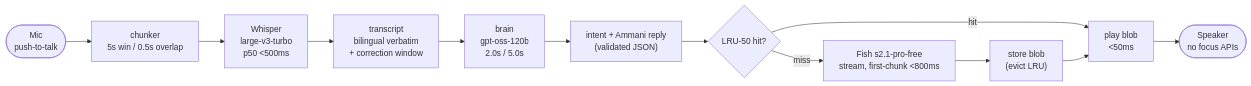
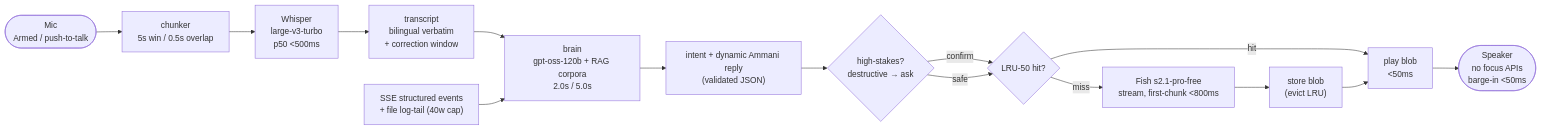
Before and after one commit to 3mar-baha/Vantrilex-OpenCode-Assistant: the diagram in docs/18-VOICE-PIPELINE.md, drawn with Mermaid. The commit also changed other lines of this file, not shown here.

First line of the commit message:
docs(voice): P-R revise 18 for RAG grounding + dynamics

````diff
--- a/docs/18-VOICE-PIPELINE.md
+++ b/docs/18-VOICE-PIPELINE.md
@@ -8,12 +8,15 @@
 ```mermaid
 flowchart LR
-    MIC(["Mic\npush-to-talk"]) --> CH["chunker\n5s win / 0.5s overlap"] --> STT["Whisper\nlarge-v3-turbo\np50 <500ms"]
+    MIC(["Mic\nArmed / push-to-talk"]) --> CH["chunker\n5s win / 0.5s overlap"] --> STT["Whisper\nlarge-v3-turbo\np50 <500ms"]
     STT --> TX["transcript\nbilingual verbatim\n+ correction window"]
-    TX --> BR["brain\ngpt-oss-120b\n2.0s / 5.0s"]
-    BR --> OUT["intent + Ammani reply\n(validated JSON)"]
-    OUT --> CACHE{"LRU-50 hit?"}
+    TX --> BR["brain\ngpt-oss-120b + RAG corpora\n2.0s / 5.0s"]
+    BR --> OUT["intent + dynamic Ammani reply\n(validated JSON)"]
+    OUT --> GATE{"high-stakes?\ndestructive → ask"}
+    GATE -->|confirm| CACHE{"LRU-50 hit?"}
+    GATE -->|safe| CACHE
     CACHE -->|hit| PLAY["play blob\n<50ms"]
     CACHE -->|miss| TTS["Fish s2.1-pro-free\nstream, first-chunk <800ms"]
     TTS --> STORE["store blob\n(evict LRU)"] --> PLAY
-    PLAY --> SPK(["Speaker\nno focus APIs"])
+    PLAY --> SPK(["Speaker\nno focus APIs\nbarge-in <50ms"])
+    EV["SSE structured events\n+ file log-tail (40w cap)"] --> BR
 ```
````
